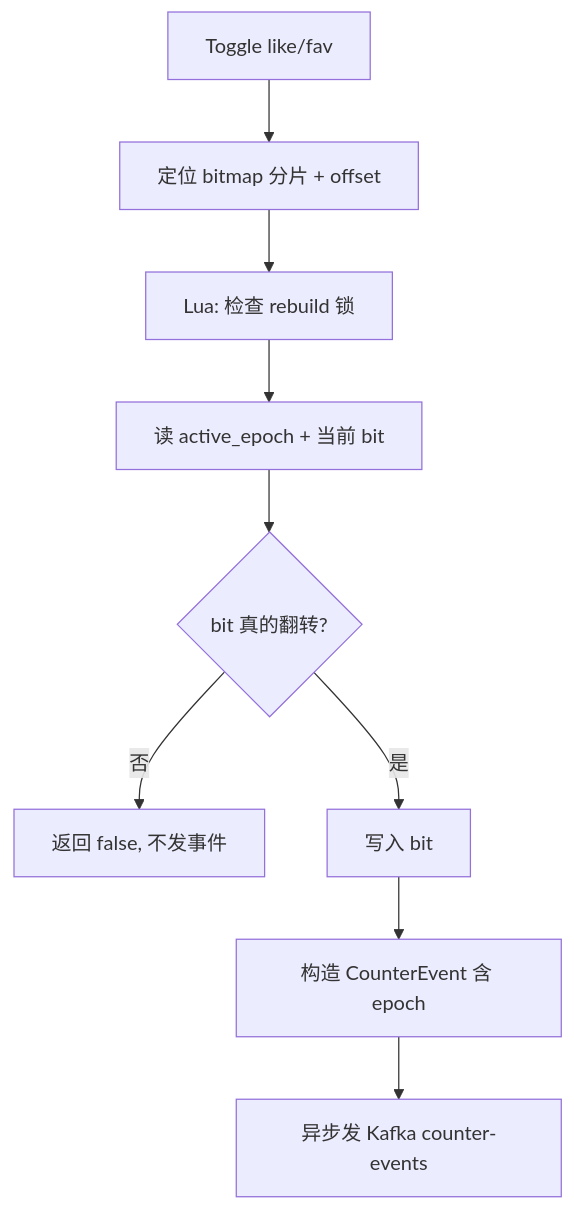
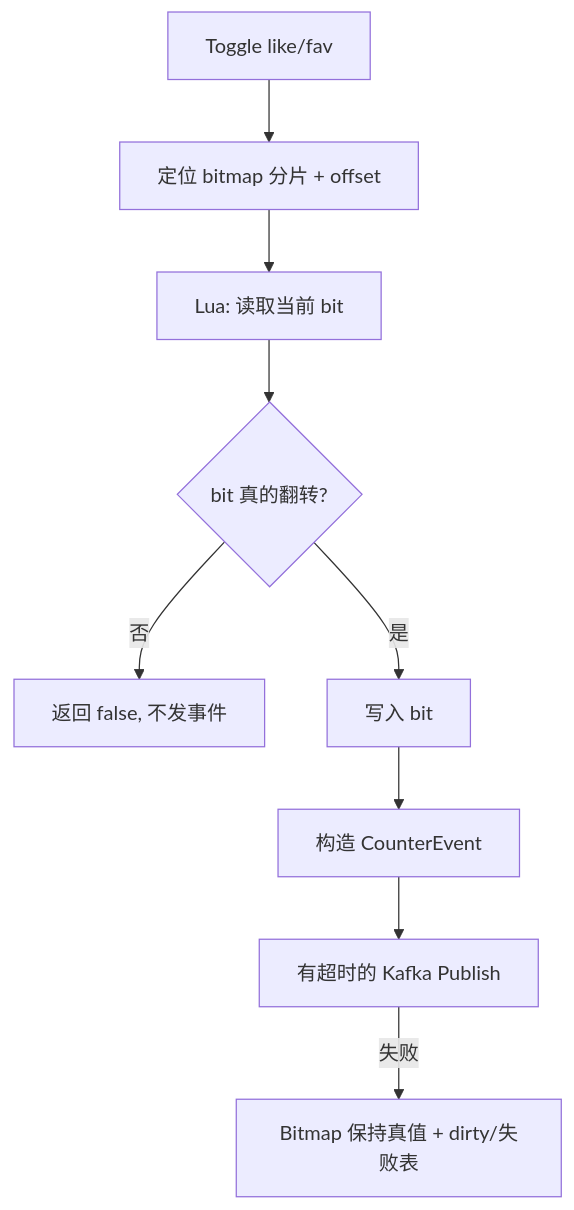
Before and after one commit to bitladykiller/zhiguang_go: the second of 15 diagrams in docs/modules/05-点赞收藏计数模块.md, drawn with Mermaid. The commit also changed other lines of this file and 11 other files, not shown here.

Commit message:
docs: 架构文档增强与纵向流程图

````diff
--- a/docs/modules/05-点赞收藏计数模块.md
+++ b/docs/modules/05-点赞收藏计数模块.md
@@ -110,11 +116,11 @@
 ```mermaid
 flowchart TD
     A[Toggle like/fav] --> B[定位 bitmap 分片 + offset]
-    B --> C[Lua: 检查 rebuild 锁]
-    C --> D[读 active_epoch + 当前 bit]
-    D --> E{bit 真的翻转?}
-    E -->|否| F[返回 false, 不发事件]
-    E -->|是| G[写入 bit]
-    G --> H[构造 CounterEvent 含 epoch]
-    H --> I[异步发 Kafka counter-events]
+    B --> C[Lua: 读取当前 bit]
+    C --> D{bit 真的翻转?}
+    D -->|否| E[返回 false, 不发事件]
+    D -->|是| F[写入 bit]
+    F --> G[构造 CounterEvent]
+    G --> H[有超时的 Kafka Publish]
+    H -->|失败| I[Bitmap 保持真值 + dirty/失败表]
 ```
````
